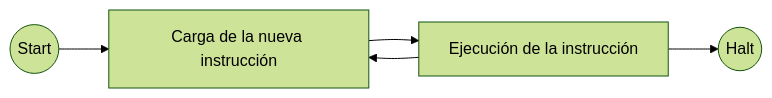
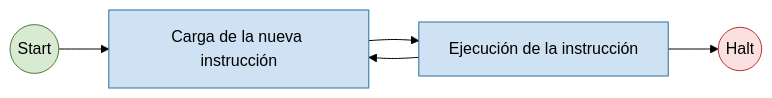
Before and after one commit to asiermarzo/ssoo: the third of 6 diagrams in TEORIA/01-introduccion-a-los-sistemas-operativos/README.md, drawn with Mermaid (forest theme). The commit also changed other lines of this file and 25 other files, not shown here.

Commit message:
refinado de diagramas mermaid y svg

````diff
--- a/TEORIA/01-introduccion-a-los-sistemas-operativos/README.md
+++ b/TEORIA/01-introduccion-a-los-sistemas-operativos/README.md
@@ -145,7 +184,14 @@
 ```mermaid
 flowchart LR
     S((Start)) --> C[Carga de la nueva instrucción]
     C --> E[Ejecución de la instrucción]
     E --> C
     E --> H((Halt))
+
+    classDef inicio fill:#d9ead3,stroke:#4d7a33,color:#000;
+    classDef fin fill:#fbe0e0,stroke:#b33,color:#000;
+    classDef paso fill:#cfe2f3,stroke:#2b6f99,color:#000;
+    class S inicio;
+    class H fin;
+    class C,E paso;
 ```
````
